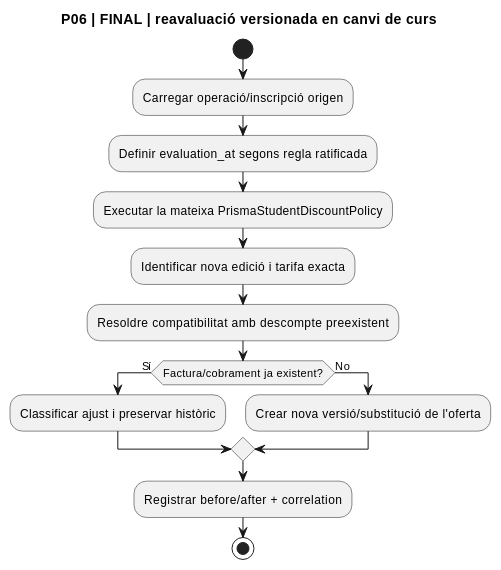
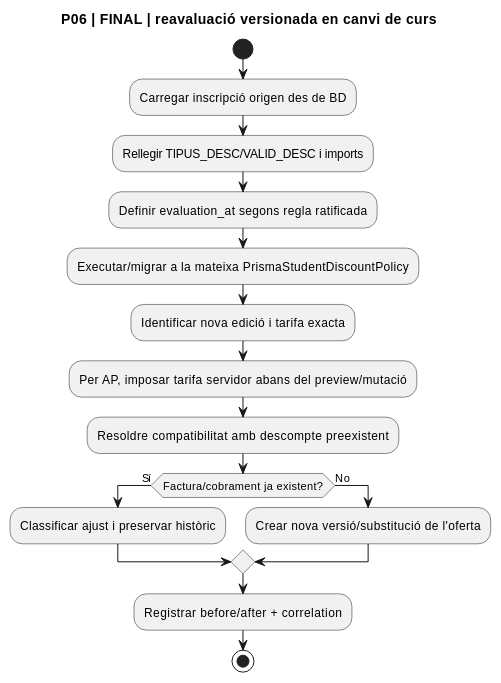
Before and after one commit to orgmeriemprismacat-del/verifactu: diagram 25 of 25 in documentacio/07-uml-integrat/uc-020-activitats-pagines-actual-final.md, drawn with PlantUML. The commit also changed other lines of this file, not shown here.

````diff
--- a/documentacio/07-uml-integrat/uc-020-activitats-pagines-actual-final.md
+++ b/documentacio/07-uml-integrat/uc-020-activitats-pagines-actual-final.md
@@ -597,18 +603,20 @@
 ```plantuml
 @startuml
 title P06 | FINAL | reavaluació versionada en canvi de curs
 start
-:Carregar operació/inscripció origen;
+:Carregar inscripció origen des de BD;
+:Rellegir TIPUS_DESC/VALID_DESC i imports;
 :Definir evaluation_at segons regla ratificada;
-:Executar la mateixa PrismaStudentDiscountPolicy;
+:Executar/migrar a la mateixa PrismaStudentDiscountPolicy;
 :Identificar nova edició i tarifa exacta;
+:Per AP, imposar tarifa servidor abans del preview/mutació;
 :Resoldre compatibilitat amb descompte preexistent;
 if (Factura/cobrament ja existent?) then (Sí)
  :Classificar ajust i preservar històric;
 else (No)
  :Crear nova versió/substitució de l'oferta;
 endif
 :Registrar before/after + correlation;
 stop
 @enduml
 ```
````
